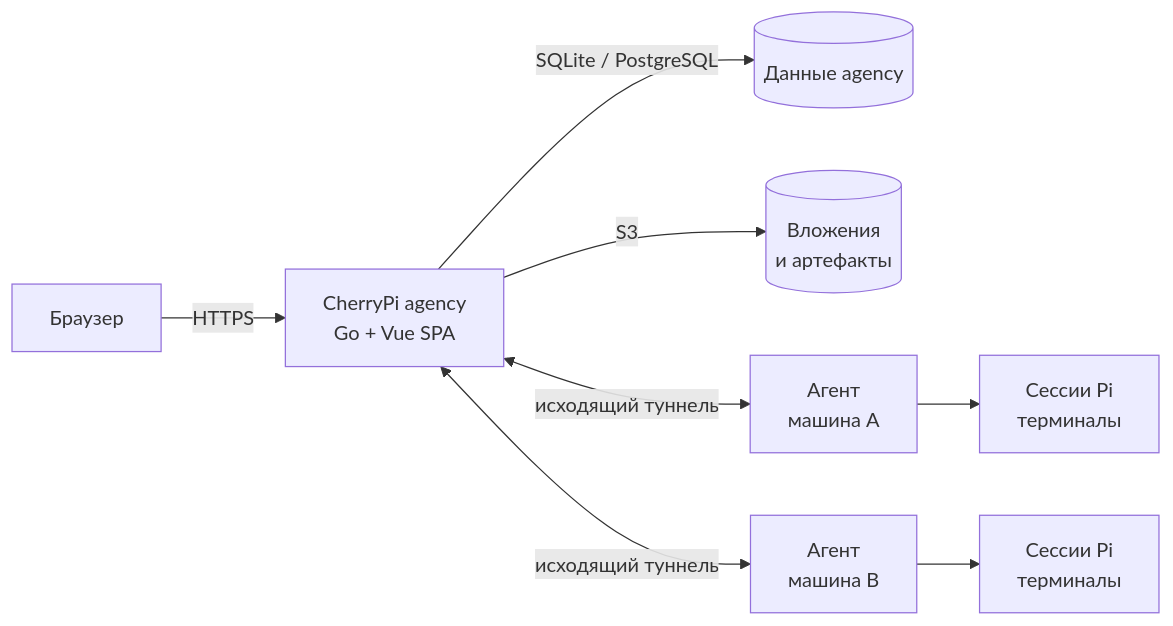
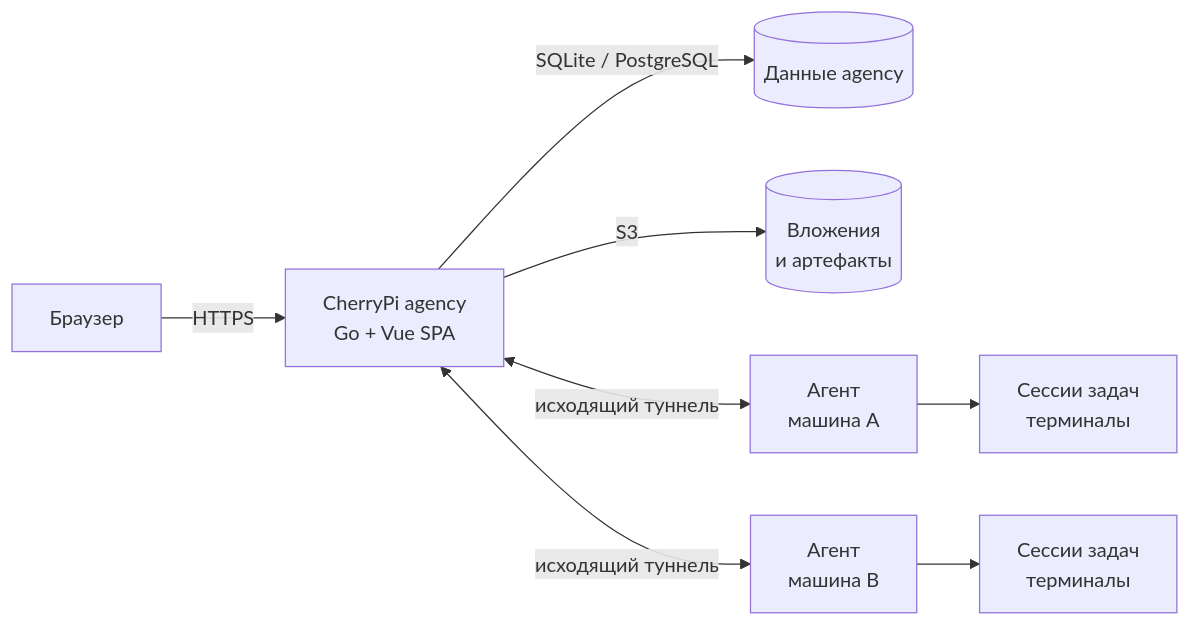
Before and after one commit to cherrypidotdev/cherrypi: the diagram in docs-site/ru/index.md, drawn with Mermaid. The commit also changed other lines of this file and 335 other files, not shown here.

````diff
--- a/docs-site/ru/index.md
+++ b/docs-site/ru/index.md
@@ -68,10 +68,10 @@
 ```mermaid
 flowchart LR
   B["Браузер"] -->|HTTPS| A["CherryPi agency<br/>Go + Vue SPA"]
   A -->|SQLite / PostgreSQL| DB[("Данные agency")]
   A -->|S3| S3[("Вложения<br/>и артефакты")]
   A <-->|исходящий туннель| W1["Агент<br/>машина A"]
   A <-->|исходящий туннель| W2["Агент<br/>машина B"]
-  W1 --> P1["Сессии Pi<br/>терминалы"]
-  W2 --> P2["Сессии Pi<br/>терминалы"]
+  W1 --> P1["Сессии задач<br/>терминалы"]
+  W2 --> P2["Сессии задач<br/>терминалы"]
 ```
````
